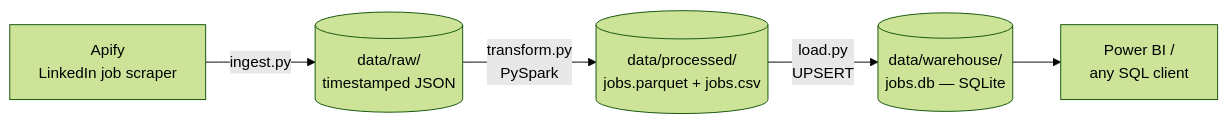
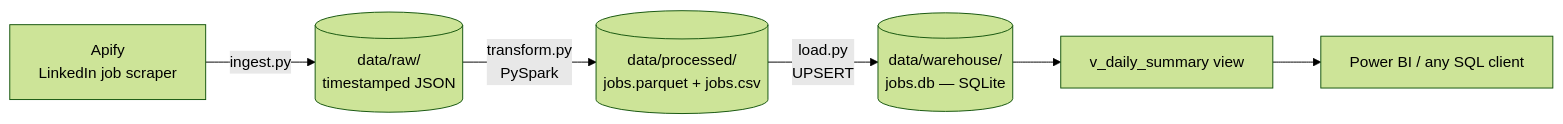
The diagram in README.md (i-mran905/Warsaw-Data-Engineer-Job-market-), drawn with Mermaid (forest theme) before and after one commit. The commit also changed other lines of this file, not shown here.

````diff
--- a/README.md
+++ b/README.md
@@ -13,7 +39,8 @@
 ```mermaid
 flowchart LR
-    A[Apify\nLinkedIn job scraper] -->|ingest.py| B[(data/raw/\ntimestamped JSON)]
-    B -->|transform.py\nPySpark| C[(data/processed/\njobs.parquet + jobs.csv)]
-    C -->|load.py\nUPSERT| D[(data/warehouse/\njobs.db — SQLite)]
-    D --> E[Power BI /\nany SQL client]
+    A[Apify<br/>LinkedIn job scraper] -->|ingest.py| B[(data/raw/<br/>timestamped JSON)]
+    B -->|transform.py<br/>PySpark| C[(data/processed/<br/>jobs.parquet + jobs.csv)]
+    C -->|load.py<br/>UPSERT| D[(data/warehouse/<br/>jobs.db — SQLite)]
+    D --> E[v_daily_summary view]
+    E --> F[Power BI / any SQL client]
 ```
````
